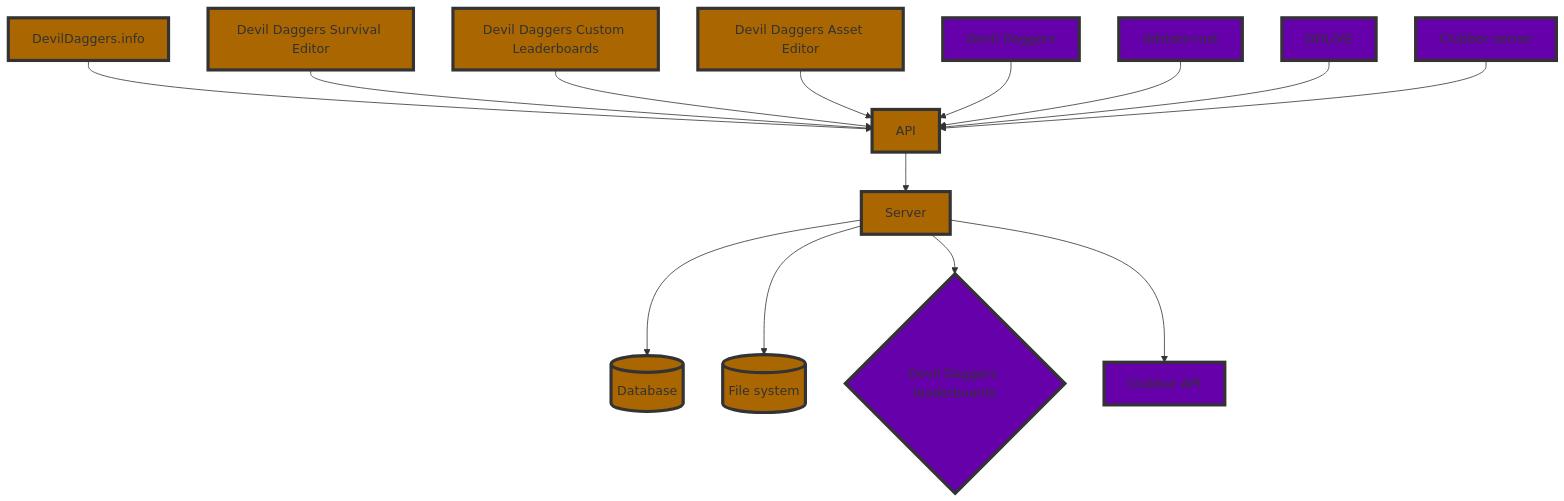
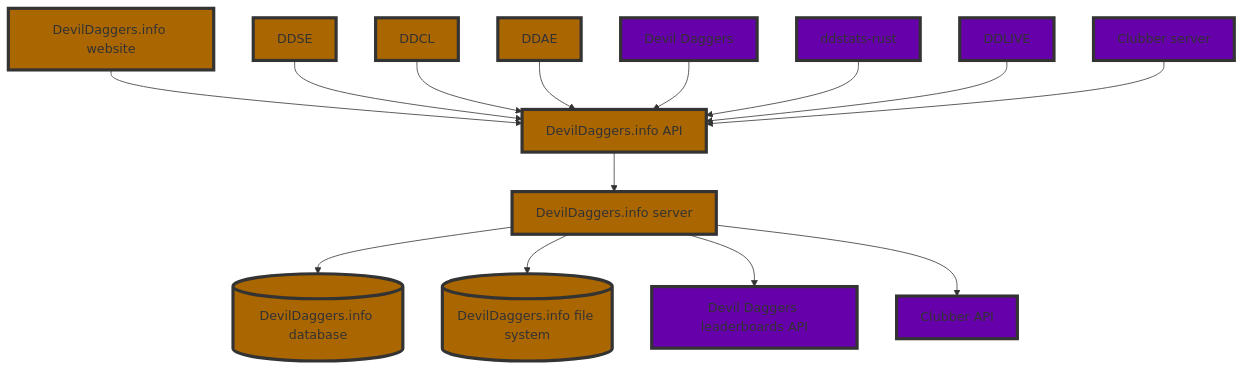
One commit to NoahStolk/ddinfo-web changed the second of 2 diagrams in docs/architecture.md. Above: the diagram before and after it, drawn with Mermaid. The commit also changed other lines of this file, not shown here.

````diff
--- a/docs/architecture.md
+++ b/docs/architecture.md
@@ -108,40 +114,40 @@
 ```mermaid
 flowchart TD;
 
-    database[(Database)]
-    filesystem[(File system)]
-    server[Server]
-    api[API]
-	devildaggersinfo[DevilDaggers.info]
+    database[(DevilDaggers.info database)]
+    filesystem[(DevilDaggers.info file system)]
+    server[DevilDaggers.info server]
+    api[DevilDaggers.info API]
+	devildaggersinfo[DevilDaggers.info website]
     devildaggers[Devil Daggers]
-    ddse[Devil Daggers Survival Editor]
-    ddcl[Devil Daggers Custom Leaderboards]
-    ddae[Devil Daggers Asset Editor]
+    ddse[DDSE]
+    ddcl[DDCL]
+    ddae[DDAE]
     ddstatsrust[ddstats-rust]
     ddlive[DDLIVE]
     clubberserver[Clubber server]
     clubberapi[Clubber API]
-	devildaggersleaderboards{Devil Daggers leaderboards}
+	devildaggersleaderboards[Devil Daggers leaderboards API]
 	
 	class database,filesystem,server,api,devildaggersinfo,ddse,ddcl,ddae ddinfo;
 	class devildaggers,ddstatsrust,ddlive,clubberserver,clubberapi,devildaggersleaderboards external;
 
     classDef ddinfo fill:#a60,stroke:#333,stroke-width:4px;
     classDef external fill:#60a,stroke:#333,stroke-width:4px;
 	
 	server --> database
 	server --> filesystem
 	server --> devildaggersleaderboards
 	server --> clubberapi
 
 	api --> server
 
 	devildaggersinfo --> api
 	ddse --> api
 	ddcl --> api
 	ddae --> api
 	devildaggers --> api
 	ddstatsrust --> api
 	ddlive --> api
 	clubberserver --> api
 ```
````
